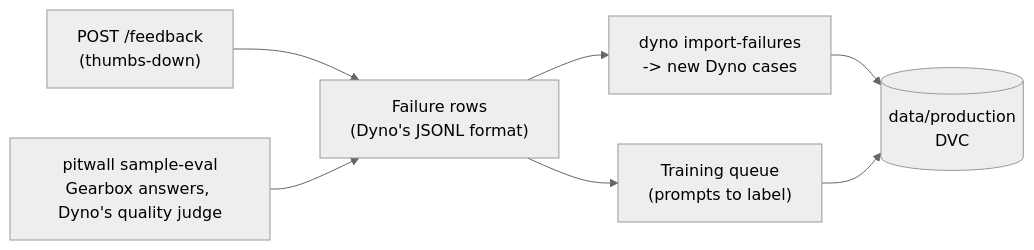
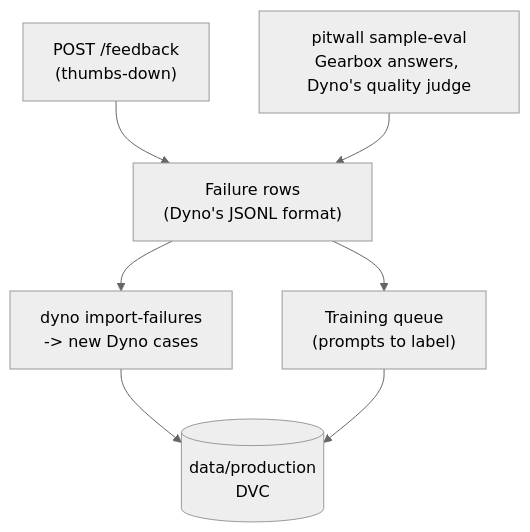
The third of 3 diagrams in docs/design.md (Utsav0706/pitwall), drawn with Mermaid (neutral theme) before and after one commit. The commit also changed 1 other file, not shown here.

Commit message:
Docs: draw the flowcharts top-down (left-to-right rendered too small to read on GitHub)

````diff
--- a/docs/design.md
+++ b/docs/design.md
@@ -146,9 +146,9 @@
 ```mermaid
-flowchart LR
+flowchart TD
   thumbs["POST /feedback<br/>(thumbs-down)"] --> rows["Failure rows<br/>(Dyno's JSONL format)"]
   sample["pitwall sample-eval<br/>Gearbox answers, Dyno's quality judge"] --> rows
   rows --> cases["dyno import-failures<br/>-> new Dyno cases"]
   rows --> queue["Training queue<br/>(prompts to label)"]
   cases --> dvc[("data/production<br/>DVC")]
   queue --> dvc
 ```
````
